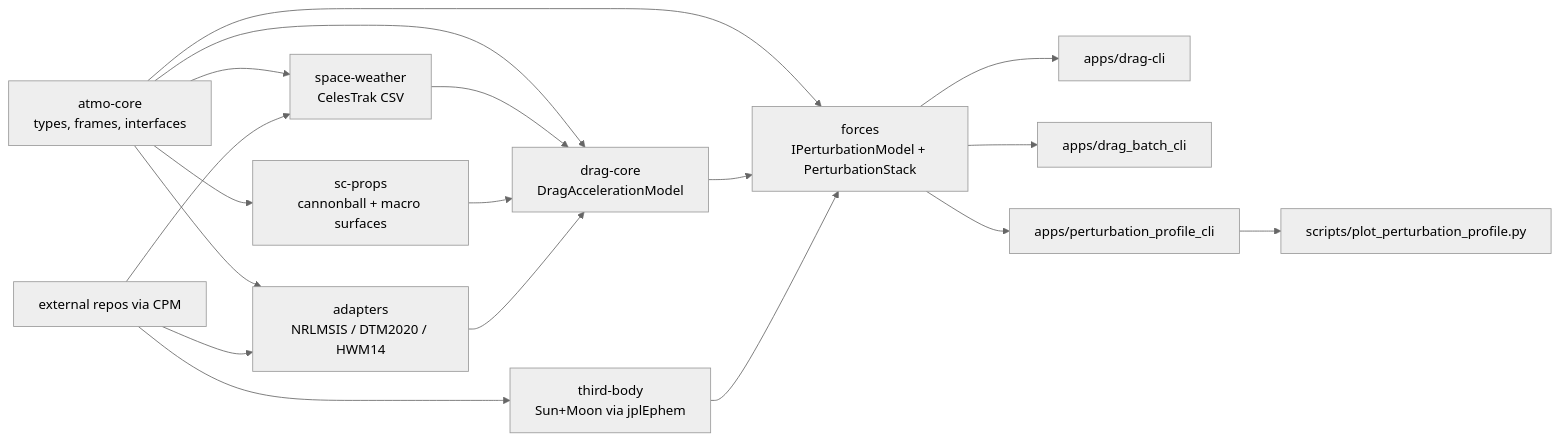
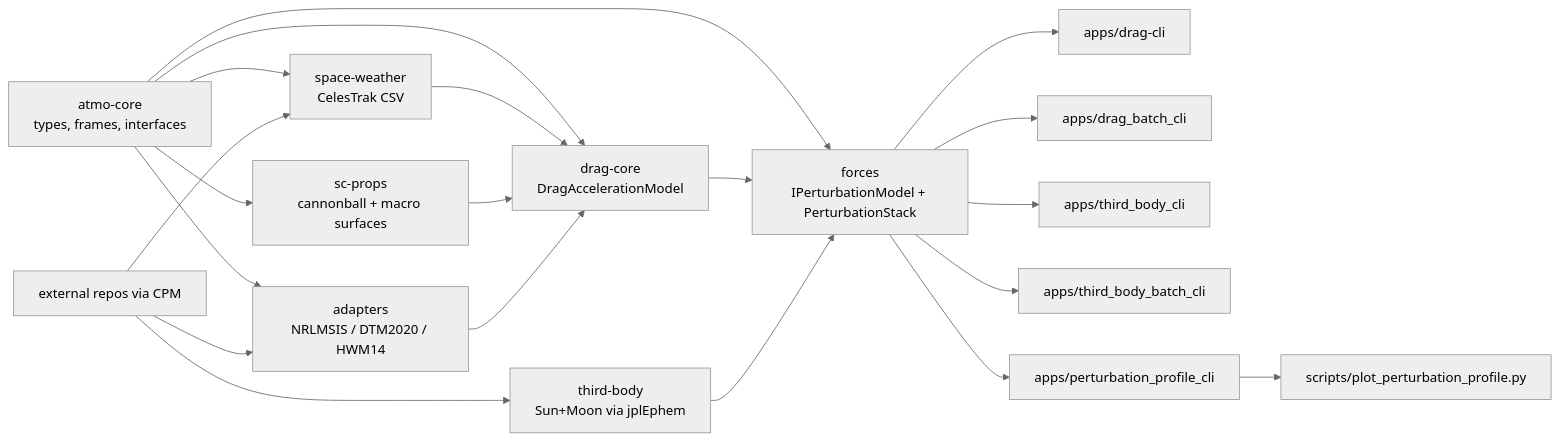
The diagram in README.md (watsonryan/astroforces), drawn with Mermaid (neutral theme) before and after one commit. The commit also changed other lines of this file and 5 other files, not shown here.

Commit message:
add third-body single and batch cli tools

````diff
--- a/README.md
+++ b/README.md
@@ -6,20 +6,22 @@
 ```mermaid
 flowchart LR
   A[atmo-core<br/>types, frames, interfaces] --> B[space-weather<br/>CelesTrak CSV]
   A --> C[sc-props<br/>cannonball + macro surfaces]
   A --> D[adapters<br/>NRLMSIS / DTM2020 / HWM14]
   A --> E[drag-core<br/>DragAccelerationModel]
   A --> F[forces<br/>IPerturbationModel + PerturbationStack]
   B --> E
   C --> E
   D --> E
   E --> F
   T[third-body<br/>Sun+Moon via jplEphem] --> F
   F --> G[apps/drag-cli]
   F --> H[apps/drag_batch_cli]
+  F --> X[apps/third_body_cli]
+  F --> Y[apps/third_body_batch_cli]
   F --> P[apps/perturbation_profile_cli]
   P --> Q[scripts/plot_perturbation_profile.py]
   I[external repos via CPM] --> D
   I --> T
   I --> B
 ```
````
